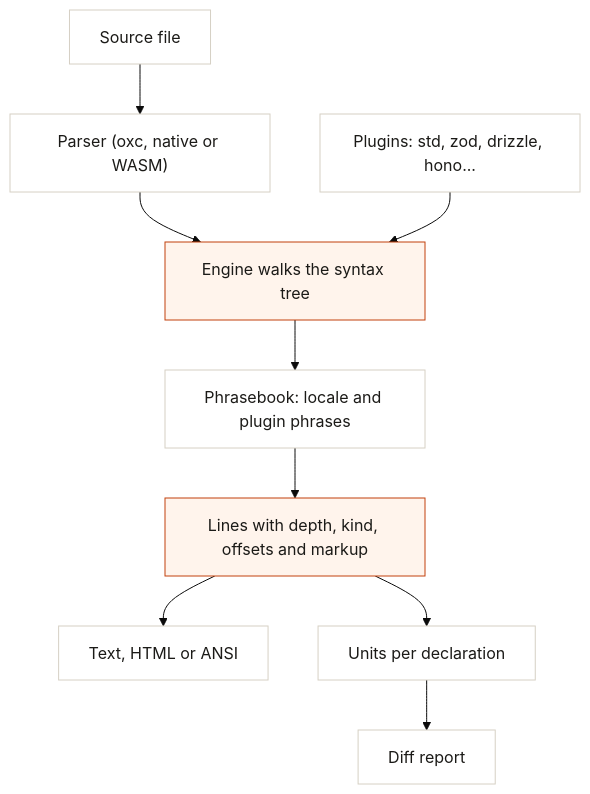
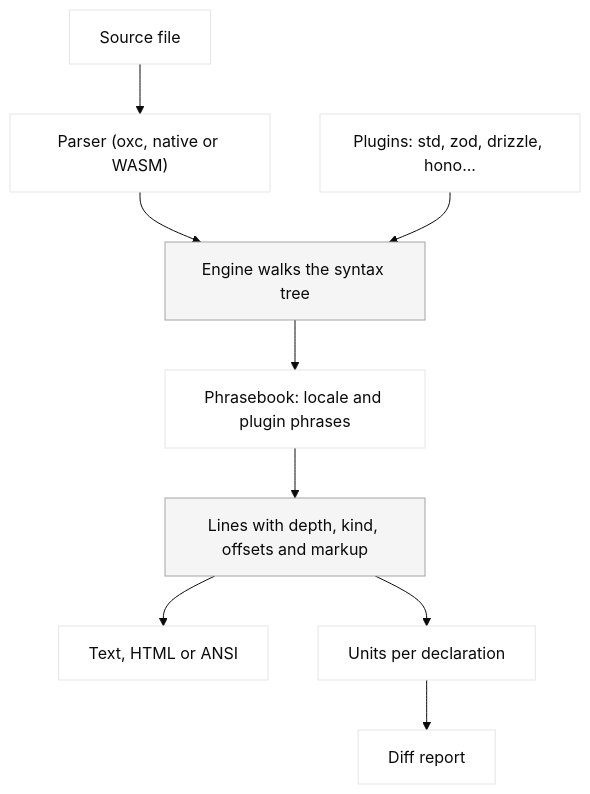
One commit to SirTenzin/narrator changed the diagram in docs/concepts/how-it-works.mdx. Above: the diagram before and after it, drawn with Mermaid (base theme). The commit also changed 9 other files, not shown here.

````diff
--- a/docs/concepts/how-it-works.mdx
+++ b/docs/concepts/how-it-works.mdx
@@ -8,15 +8,15 @@
 ```mermaid
 flowchart TB
   src["Source file"] --> parser["Parser (oxc, native or WASM)"]
   parser --> engine["Engine walks the syntax tree"]
   plugins["Plugins: std, zod, drizzle, hono..."] --> engine
   engine --> phrases["Phrasebook: locale and plugin phrases"]
   phrases --> lines["Lines with depth, kind, offsets and markup"]
   lines --> text["Text, HTML or ANSI"]
   lines --> units["Units per declaration"]
   units --> diff["Diff report"]
-  classDef accent fill:#fff4ec,stroke:#c2410c,color:#1b1a17
-  classDef plain fill:#ffffff,stroke:#d6d0c4,color:#1b1a17
+  classDef accent fill:#f5f5f5,stroke:#a3a3a3,color:#0a0a0a
+  classDef plain fill:#ffffff,stroke:#e5e5e5,color:#0a0a0a
   class engine,lines accent
   class src,parser,plugins,phrases,text,units,diff plain
 ```
````
